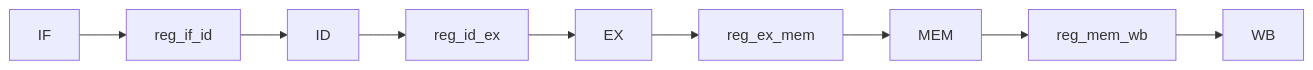
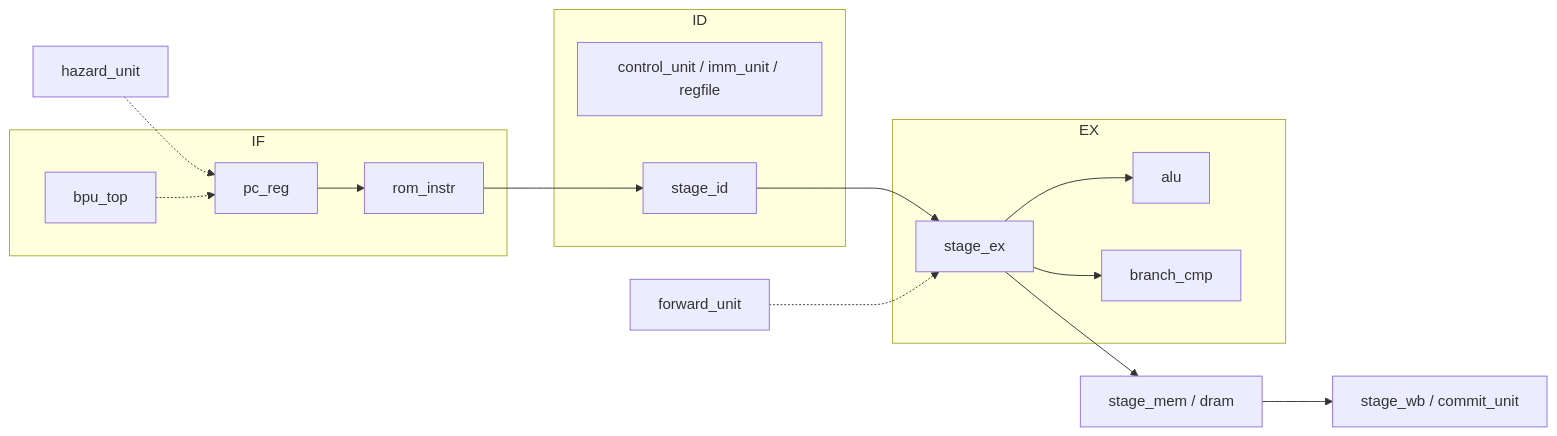
The diagram in README.md (jiabingyu2024/riscv_cpu), drawn with Mermaid before and after one commit. The commit also changed other lines of this file, not shown here.

````diff
--- a/README.md
+++ b/README.md
@@ -29,11 +40,31 @@
 ```mermaid
 flowchart LR
-  IFStage[IF] --> IFID[reg_if_id]
-  IFID --> IDStage[ID]
-  IDStage --> IDEX[reg_id_ex]
-  IDEX --> EXStage[EX]
-  EXStage --> EXMEM[reg_ex_mem]
-  EXMEM --> MEMStage[MEM]
-  MEMStage --> MEMWB[reg_mem_wb]
-  MEMWB --> WBStage[WB]
+  subgraph IF
+    PC[pc_reg]
+    ROM[rom_instr]
+    BPU[bpu_top]
+  end
+  subgraph ID
+    DEC[control_unit / imm_unit / regfile]
+    SID[stage_id]
+  end
+  subgraph EX
+    SEX[stage_ex]
+    ALU[alu]
+    BCMP[branch_cmp]
+  end
+  MEM[stage_mem / dram]
+  WB[stage_wb / commit_unit]
+  HZ[hazard_unit]
+  FWD[forward_unit]
+  PC --> ROM
+  ROM --> SID
+  SID --> SEX
+  SEX --> ALU
+  SEX --> BCMP
+  SEX --> MEM
+  MEM --> WB
+  FWD -.-> SEX
+  HZ -.-> PC
+  BPU -.-> PC
 ```
````
